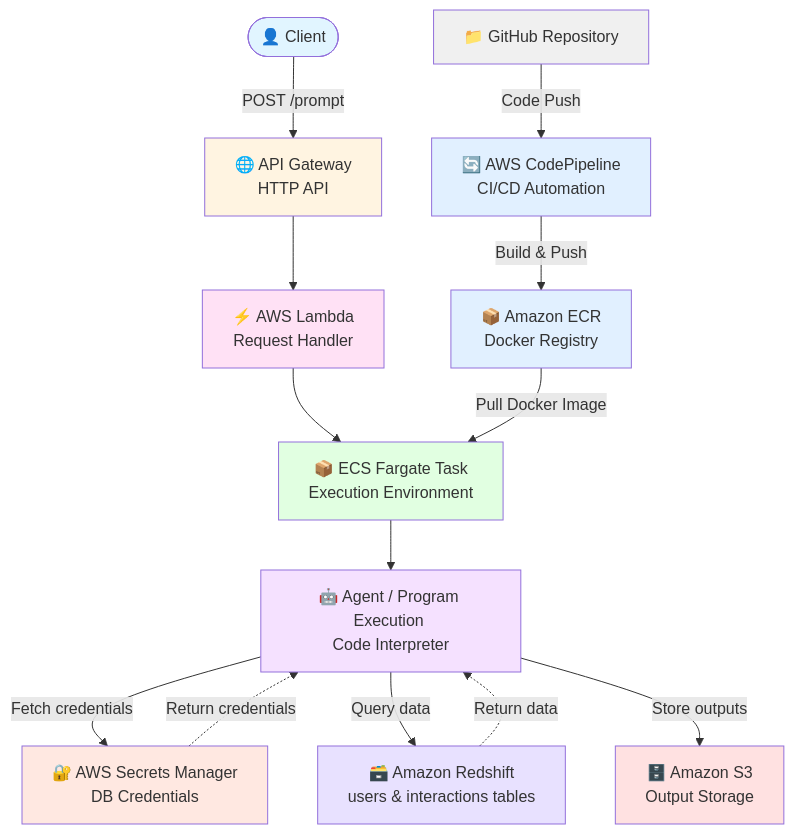
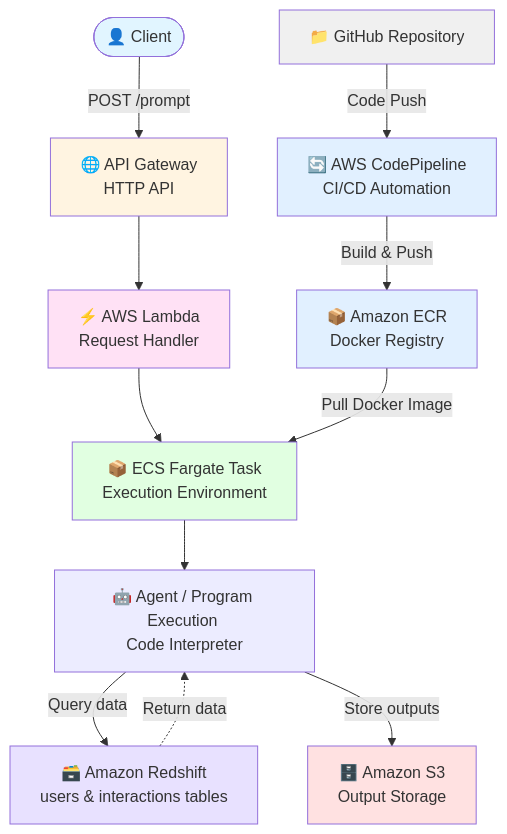
The diagram in README.md (knkasa/CodeInterpreter), drawn with Mermaid before and after one commit. The commit also changed other lines of this file, not shown here.

````diff
--- a/README.md
+++ b/README.md
@@ -42,30 +42,26 @@
 ```mermaid
 flowchart TD
     GitHub[📁 GitHub Repository] -->|Code Push| CodePipeline[🔄 AWS CodePipeline<br/>CI/CD Automation]
     CodePipeline -->|Build & Push| ECR[📦 Amazon ECR<br/>Docker Registry]
     
     Client([👤 Client]) -->|POST /prompt| APIGW[🌐 API Gateway<br/>HTTP API]
     APIGW --> Lambda[⚡ AWS Lambda<br/>Request Handler]
     Lambda --> ECS[📦 ECS Fargate Task <br/>Execution Environment]
     ECR -->|Pull Docker Image| ECS
     ECS --> LLM[🤖 Agent / Program Execution <br/>Code Interpreter]
     
-    LLM -->|Fetch credentials| SM[🔐 AWS Secrets Manager<br/>DB Credentials]
-    SM -.->|Return credentials| LLM
     LLM -->|Query data| Redshift[🗃️ Amazon Redshift<br/>users & interactions tables]
     Redshift -.->|Return data| LLM
     
     LLM -->|Store outputs| S3[🗄️ Amazon S3<br/>Output Storage]
     
     style GitHub fill:#f0f0f0
     style CodePipeline fill:#e1f0ff
     style ECR fill:#e1f0ff
     style Client fill:#e1f5ff
     style APIGW fill:#fff4e1
     style Lambda fill:#ffe1f5
     style ECS fill:#e1ffe1
-    style LLM fill:#f5e1ff
-    style SM fill:#ffe8e1
     style Redshift fill:#e8e1ff
     style S3 fill:#ffe1e1
 ```
````
